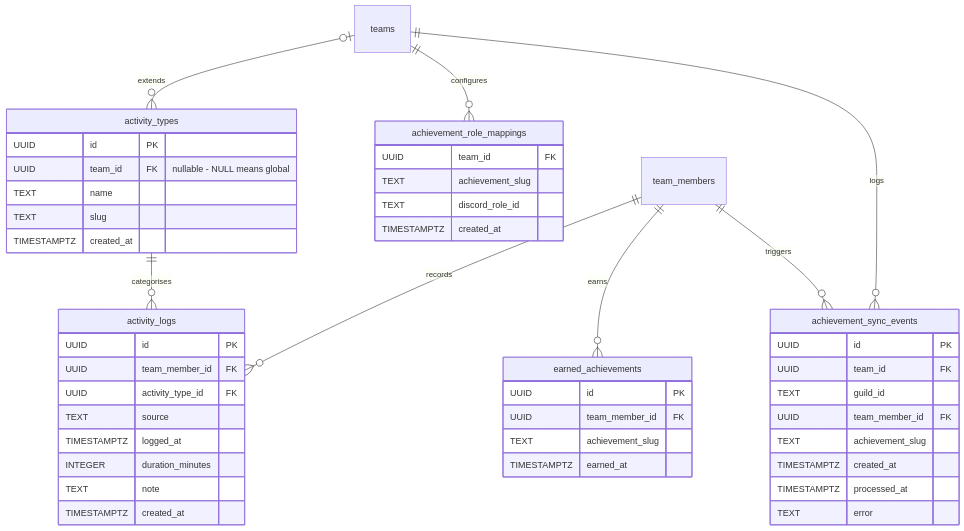
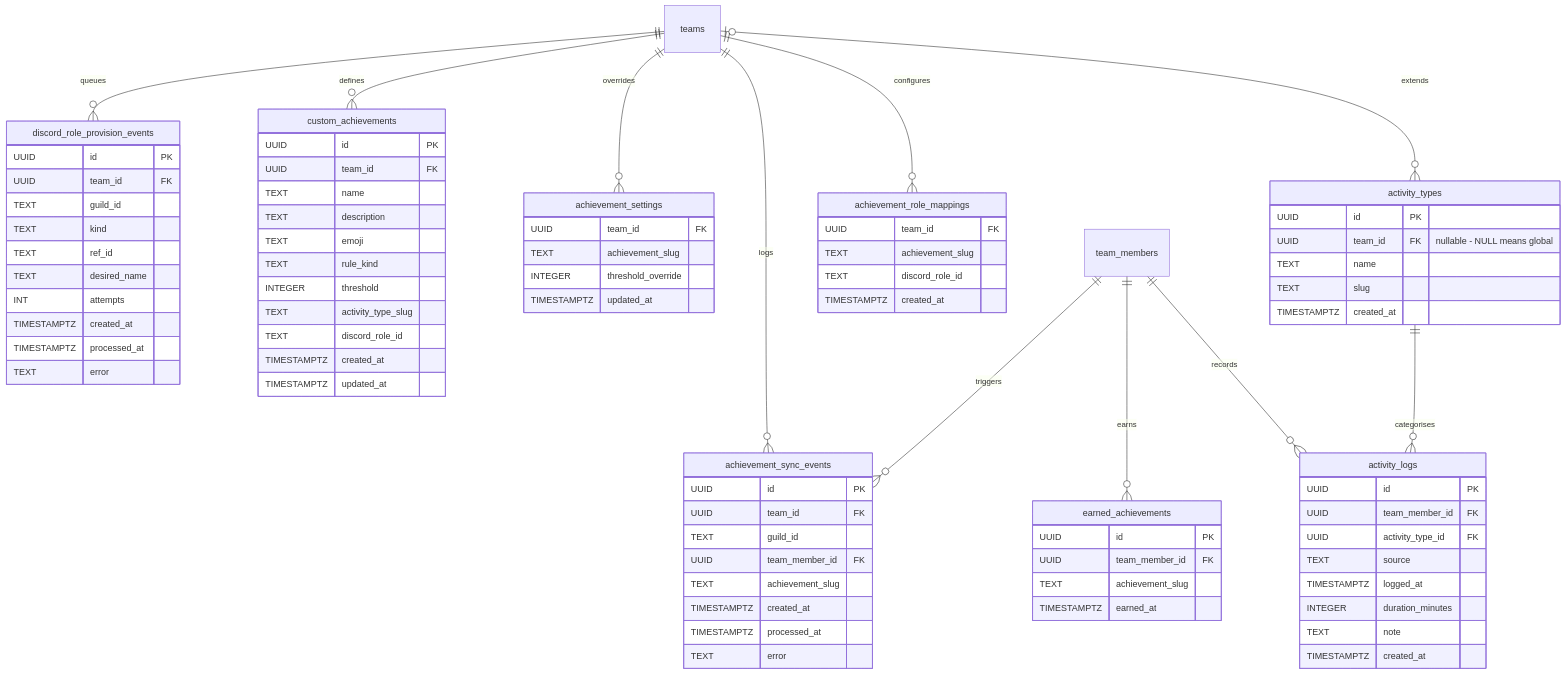
Before and after one commit to sideline-cz/sideline: the ninth of 12 diagrams in docs/thesis/er-diagram.md, drawn with Mermaid. The commit also changed other lines of this file and 71 other files, not shown here.

First line of the commit message:
feat: admin can manage achievements (thresholds, custom, Discord roles) (#270)

```diff
--- a/docs/thesis/er-diagram.md
+++ b/docs/thesis/er-diagram.md
@@ -615,9 +618,46 @@
         TEXT error
     }
 
+    achievement_settings {
+        UUID team_id FK
+        TEXT achievement_slug
+        INTEGER threshold_override
+        TIMESTAMPTZ updated_at
+    }
+
+    custom_achievements {
+        UUID id PK
+        UUID team_id FK
+        TEXT name
+        TEXT description
+        TEXT emoji
+        TEXT rule_kind
+        INTEGER threshold
+        TEXT activity_type_slug
+        TEXT discord_role_id
+        TIMESTAMPTZ created_at
+        TIMESTAMPTZ updated_at
+    }
+
+    discord_role_provision_events {
+        UUID id PK
+        UUID team_id FK
+        TEXT guild_id
+        TEXT kind
+        TEXT ref_id
+        TEXT desired_name
+        INT attempts
+        TIMESTAMPTZ created_at
+        TIMESTAMPTZ processed_at
+        TEXT error
+    }
+
     teams o|--o{ activity_types : "extends"
     teams ||--o{ achievement_role_mappings : "configures"
     teams ||--o{ achievement_sync_events : "logs"
+    teams ||--o{ achievement_settings : "overrides"
+    teams ||--o{ custom_achievements : "defines"
+    teams ||--o{ discord_role_provision_events : "queues"
     activity_types ||--o{ activity_logs : "categorises"
     team_members ||--o{ activity_logs : "records"
     team_members ||--o{ earned_achievements : "earns"
```
